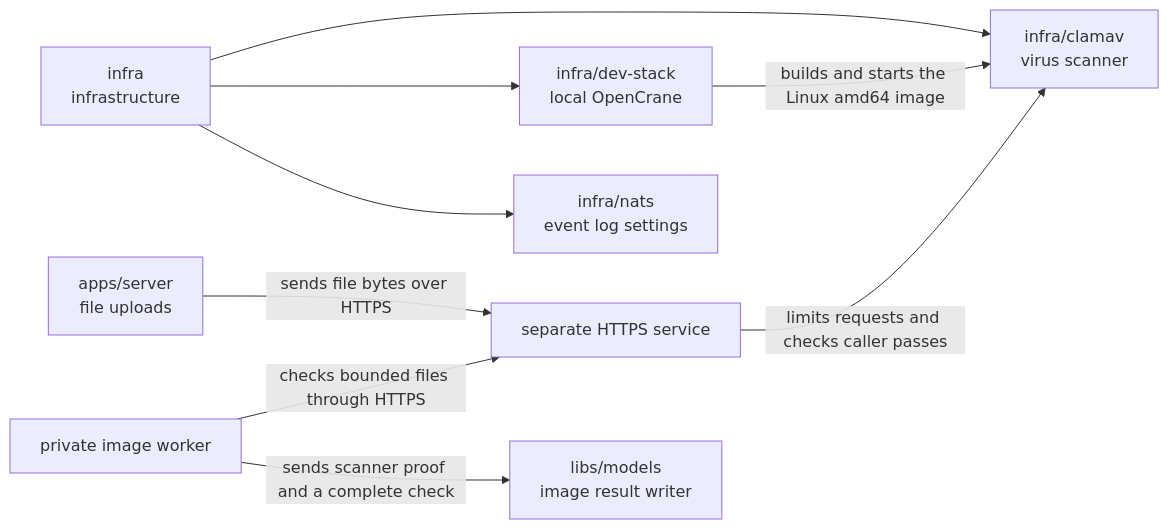
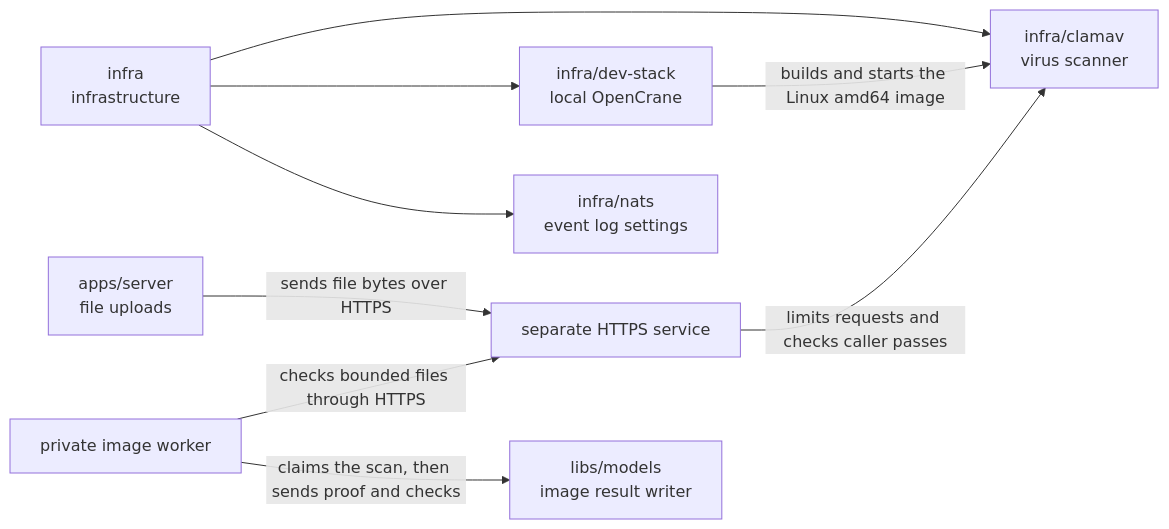
Before and after one commit to elewa-git/opencrane-new: the diagram in infra/clamav/README.md, drawn with Mermaid. The commit also changed other lines of this file and 23 other files, not shown here.

Commit message:
🦠 Bind image proof to the scanner and claim scans durably

````diff
--- a/infra/clamav/README.md
+++ b/infra/clamav/README.md
@@ -18,11 +18,11 @@
 ```mermaid
 flowchart LR
   infra["infra<br/>infrastructure"] --> clamav["infra/clamav<br/>virus scanner"]
   infra --> stack["infra/dev-stack<br/>local OpenCrane"]
   infra --> nats["infra/nats<br/>event log settings"]
   stack -->|builds and starts the Linux amd64 image| clamav
   server["apps/server<br/>file uploads"] -->|sends file bytes over HTTPS| launcher
   worker["private image worker"] -->|checks bounded files through HTTPS| launcher
-  worker -->|sends scanner proof and a complete check| models["libs/models<br/>image result writer"]
+  worker -->|claims the scan, then sends proof and checks| models["libs/models<br/>image result writer"]
   launcher["separate HTTPS service"] -->|limits requests and checks caller passes| clamav
 ```
````
